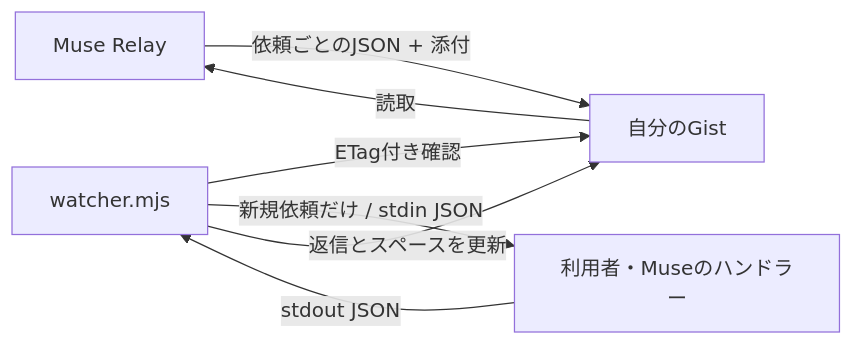
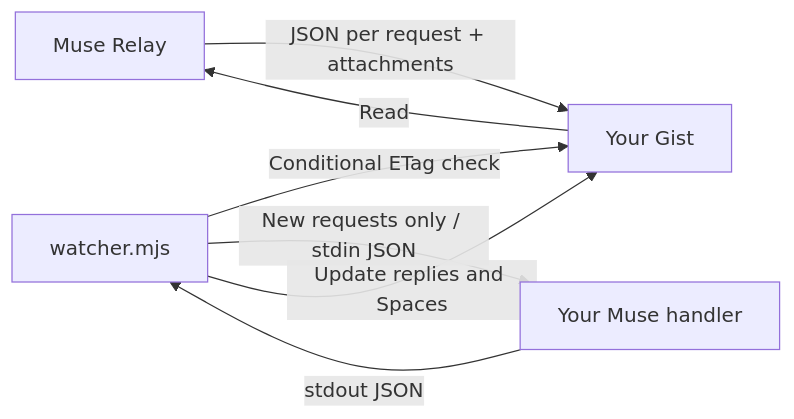
The first of 2 diagrams in adapters/gist/README.md (3mintimer/muse-relay), drawn with Mermaid before and after one commit. The commit also changed other lines of this file and 49 other files, not shown here.

````diff
--- a/adapters/gist/README.md
+++ b/adapters/gist/README.md
@@ -9,9 +11,9 @@
 ```mermaid
 flowchart LR
-  Phone[Muse Relay] -->|依頼ごとのJSON + 添付| Gist[自分のGist]
-  Watcher[watcher.mjs] -->|ETag付き確認| Gist
-  Watcher -->|新規依頼だけ / stdin JSON| Handler[利用者・Museのハンドラー]
+  Phone[Muse Relay] -->|JSON per request + attachments| Gist[Your Gist]
+  Watcher[watcher.mjs] -->|Conditional ETag check| Gist
+  Watcher -->|New requests only / stdin JSON| Handler[Your Muse handler]
   Handler -->|stdout JSON| Watcher
-  Watcher -->|返信とスペースを更新| Gist
-  Gist -->|読取| Phone
+  Watcher -->|Update replies and Spaces| Gist
+  Gist -->|Read| Phone
 ```
````
